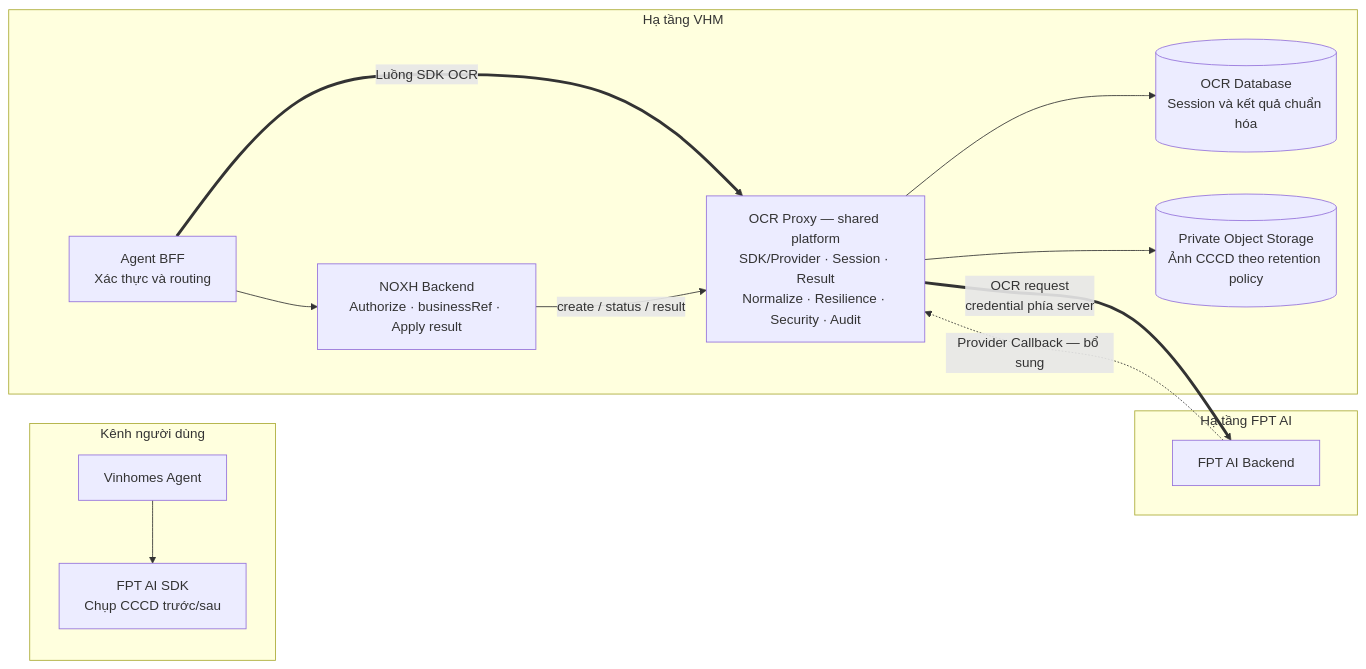
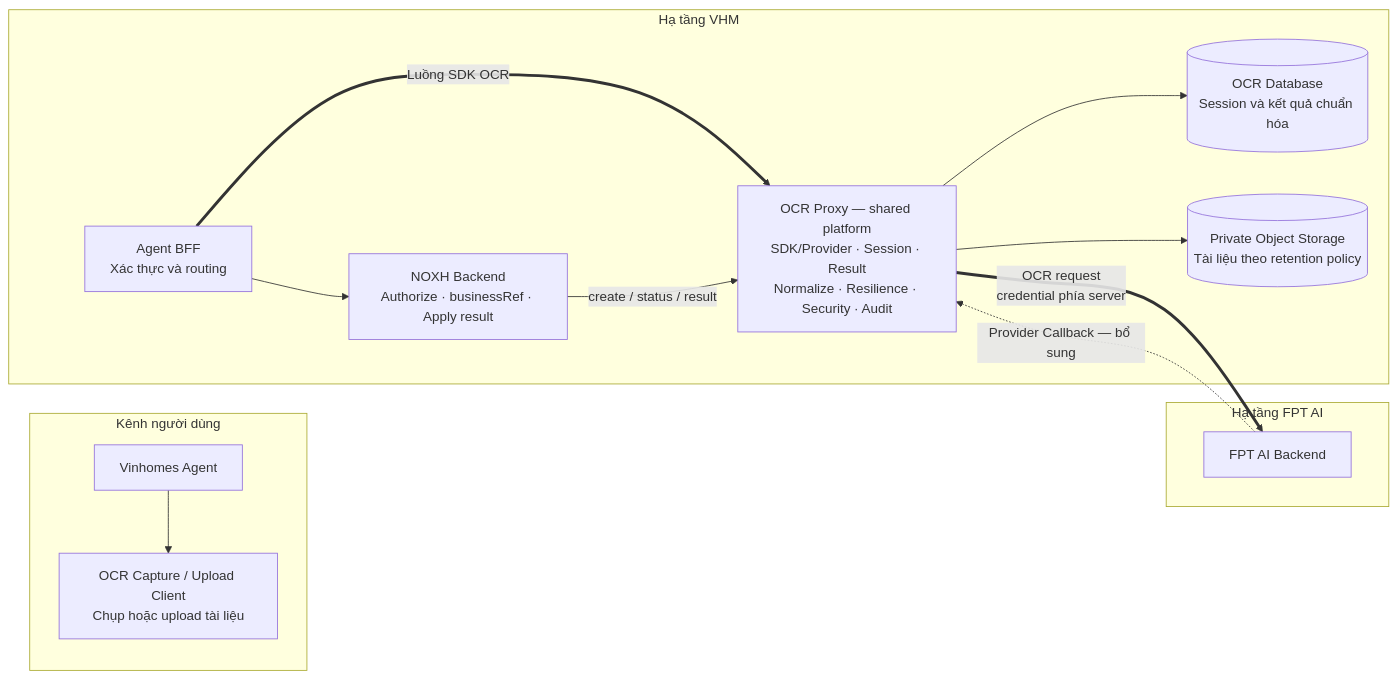
The first of 9 diagrams in noxh.md (huynv-xyz/vhm), drawn with Mermaid before and after one commit. The commit also changed other lines of this file, not shown here.

````diff
--- a/noxh.md
+++ b/noxh.md
@@ -121,30 +139,30 @@
 ```mermaid
 flowchart LR
     subgraph CLIENT["Kênh người dùng"]
         AGENT["Vinhomes Agent"]
-        SDK["FPT AI SDK<br/>Chụp CCCD trước/sau"]
+        SDK["OCR Capture / Upload Client<br/>Chụp hoặc upload tài liệu"]
         AGENT --> SDK
     end
 
     subgraph VHM["Hạ tầng VHM"]
         BFF["Agent BFF<br/>Xác thực và routing"]
         NOXH["NOXH Backend<br/>Authorize · businessRef · Apply result"]
         PROXY["OCR Proxy — shared platform<br/>SDK/Provider · Session · Result<br/>Normalize · Resilience · Security · Audit"]
         DB[("OCR Database<br/>Session và kết quả chuẩn hóa")]
-        MEDIA[("Private Object Storage<br/>Ảnh CCCD theo retention policy")]
+        MEDIA[("Private Object Storage<br/>Tài liệu theo retention policy")]
 
         BFF --> NOXH
         BFF ==>|"Luồng SDK OCR"| PROXY
         NOXH -->|"create / status / result"| PROXY
         PROXY --> DB
         PROXY --> MEDIA
     end
 
     subgraph FPT["Hạ tầng FPT AI"]
         PROVIDER["FPT AI Backend"]
     end
 
     PROXY ==>|"OCR request<br/>credential phía server"| PROVIDER
     PROVIDER -.->|"Provider Callback — bổ sung"| PROXY
 
 ```
````
